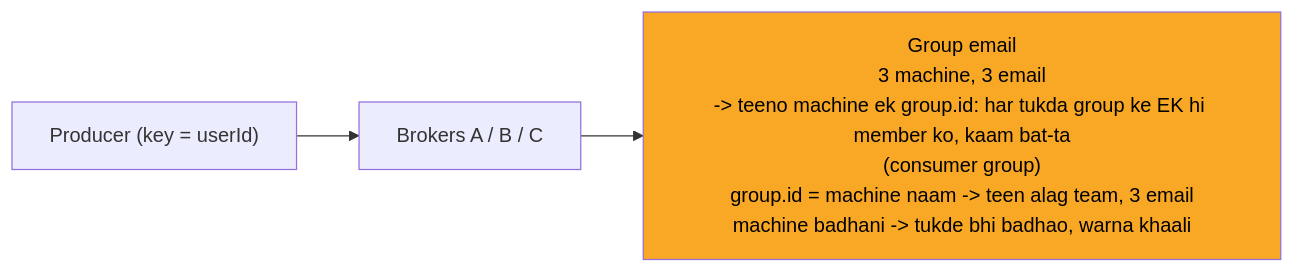
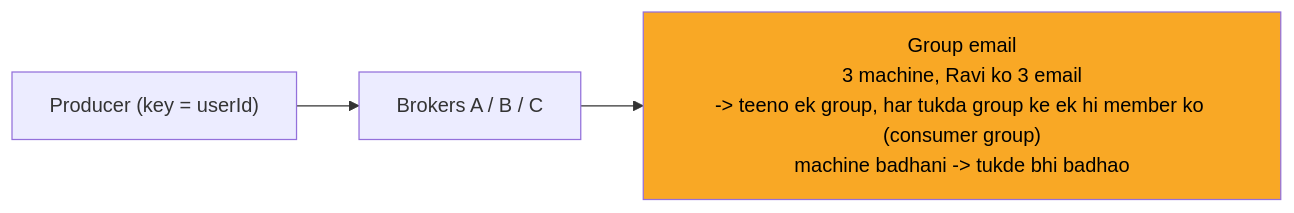
The diagram in 04_HLD/SYSTEM_DESIGNS/12_message_queue_kafka/img/c4.mmd (ArpanMaheshwari144/Prep), drawn with Mermaid before and after one commit. The commit also changed 182 other files, not shown here.

```diff
--- a/04_HLD/SYSTEM_DESIGNS/12_message_queue_kafka/img/c4.mmd
+++ b/04_HLD/SYSTEM_DESIGNS/12_message_queue_kafka/img/c4.mmd
@@ -1,8 +1,8 @@
 %%{init: {"flowchart": {"wrappingWidth": 450}}}%%
 flowchart LR
     n_P["Producer (key = userId)"]
     n_B["Brokers A / B / C"]
-    n_GE["Group email<br/>3 machine, 3 email<br/>-> teeno machine ek group.id: har tukda group ke EK hi member ko, kaam bat-ta<br/>(consumer group)<br/>group.id = machine naam -> teen alag team, 3 email<br/>machine badhani -> tukde bhi badhao, warna khaali"]
+    n_GE["Group email<br/>3 machine, Ravi ko 3 email<br/>-> teeno ek group, har tukda group ke ek hi member ko (consumer group)<br/>machine badhani -> tukde bhi badhao"]
     n_P --> n_B
     n_B --> n_GE
     style n_GE fill:#f9a825,color:#000
```
